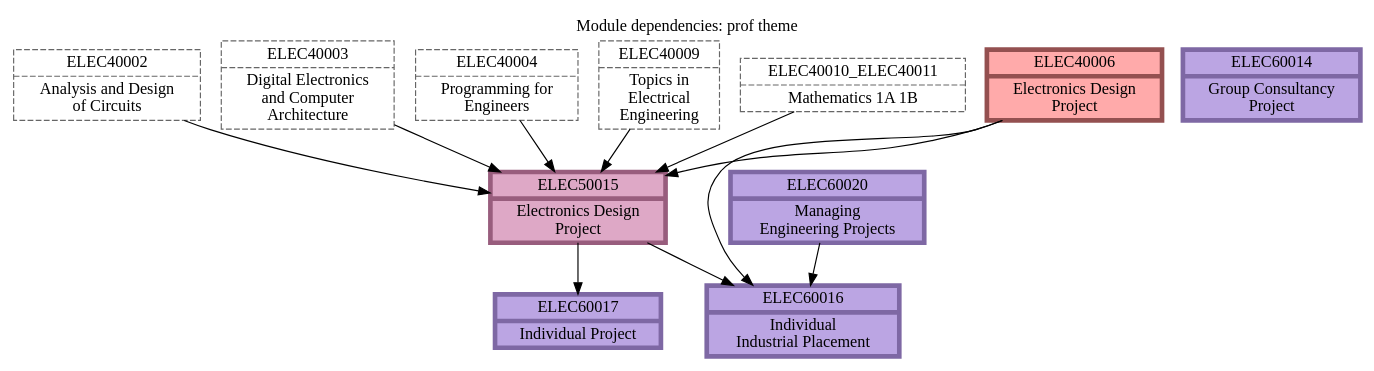
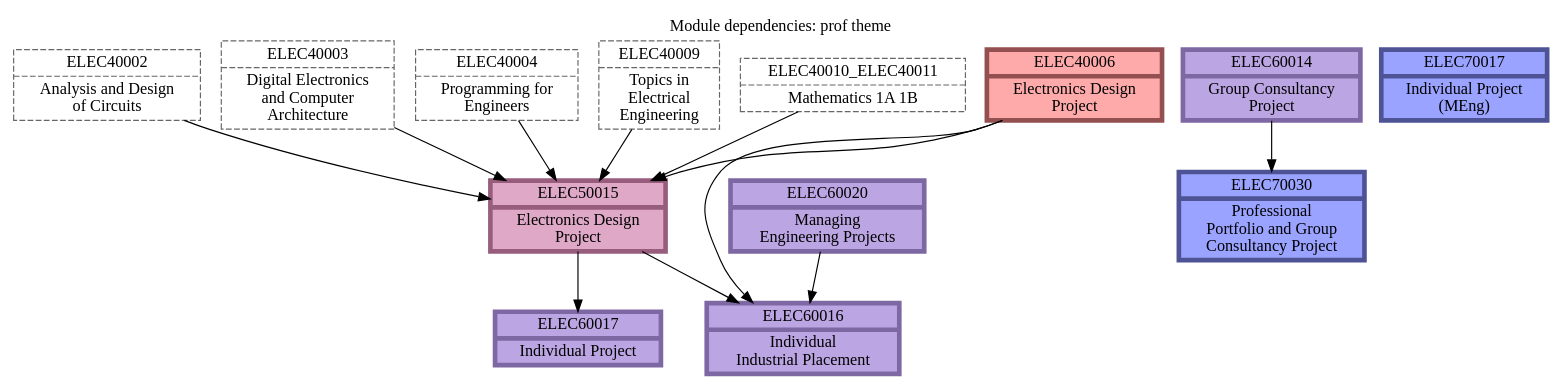
Before and after one commit to johnwickerson/ee_modules: the diagram in modules.dot, drawn with Graphviz. The commit also changed 17 other files, not shown here.

```diff
--- a/modules.dot
+++ b/modules.dot
@@ -1,74 +1,79 @@
 // This is an auto-generated file. Don't edit this file; edit `modules.yml` instead.
 
 digraph G {
   graph[root="root"];
   node[shape="record", style="filled"];
 
   node[color="#945050", fillcolor="#ffaaaa", penwidth=4, style="filled"];
 
   ELEC40006 [label="{ELEC40006 | Electronics Design\nProject}"];
 
 
   node[penwidth=1];
 
 
   node[color="#666666", fillcolor="#dddddd", style="dashed"];
 
   ELEC40002 [label="{ELEC40002 | Analysis and Design\nof Circuits}"];
 
   ELEC40003 [label="{ELEC40003 | Digital Electronics\nand Computer\nArchitecture}"];
 
   ELEC40004 [label="{ELEC40004 | Programming for\nEngineers}"];
 
   ELEC40009 [label="{ELEC40009 | Topics in\nElectrical\nEngineering}"];
 
   ELEC40010_ELEC40011 [label="{ELEC40010_ELEC40011 | Mathematics 1A 1B}"];
 
   node[color="#985d7d", fillcolor="#dea8c6", penwidth=4, style="filled"];
 
   ELEC50015 [label="{ELEC50015 | Electronics Design\nProject}"];
   ELEC40002 -> ELEC50015;
   ELEC40003 -> ELEC50015;
   ELEC40004 -> ELEC50015;
   ELEC40006 -> ELEC50015;
   ELEC40009 -> ELEC50015;
   ELEC40010_ELEC40011 -> ELEC50015;
 
 
   node[penwidth=1];
 
 
   node[color="#666666", fillcolor="#dddddd", style="dashed"];
 
   node[color="#7e68a4", fillcolor="#bba5e3", penwidth=4, style="filled"];
 
-  ELEC60014 [label="{ELEC60014 | Group Consultancy\nProject}"];
-
   ELEC60016 [label="{ELEC60016 | Individual\nIndustrial Placement}"];
   ELEC40006 -> ELEC60016 [weight=0];
   ELEC50015 -> ELEC60016;
   ELEC60020 -> ELEC60016;
 
   ELEC60017 [label="{ELEC60017 | Individual Project}"];
   ELEC50015 -> ELEC60017;
+
+  ELEC60014 [label="{ELEC60014 | Group Consultancy\nProject}"];
 
 
   node[penwidth=1];
 
 
   node[color="#666666", fillcolor="#dddddd", style="dashed"];
 
   ELEC60020 [label="{ELEC60020 | Managing\nEngineering Projects}"];
 
   node[color="#4d5395", fillcolor="#9aa3ff", penwidth=4, style="filled"];
 
+  ELEC70017 [label="{ELEC70017 | Individual Project\n(MEng)}"];
+
+  ELEC70030 [label="{ELEC70030 | Professional\nPortfolio and Group\nConsultancy Project}"];
+  ELEC60014 -> ELEC70030;
+
 
   node[penwidth=1];
 
 
   node[color="#666666", fillcolor="#dddddd", style="dashed"];
 
   // title
   labelloc="t";
   label="Module dependencies: prof theme";
 }
```
